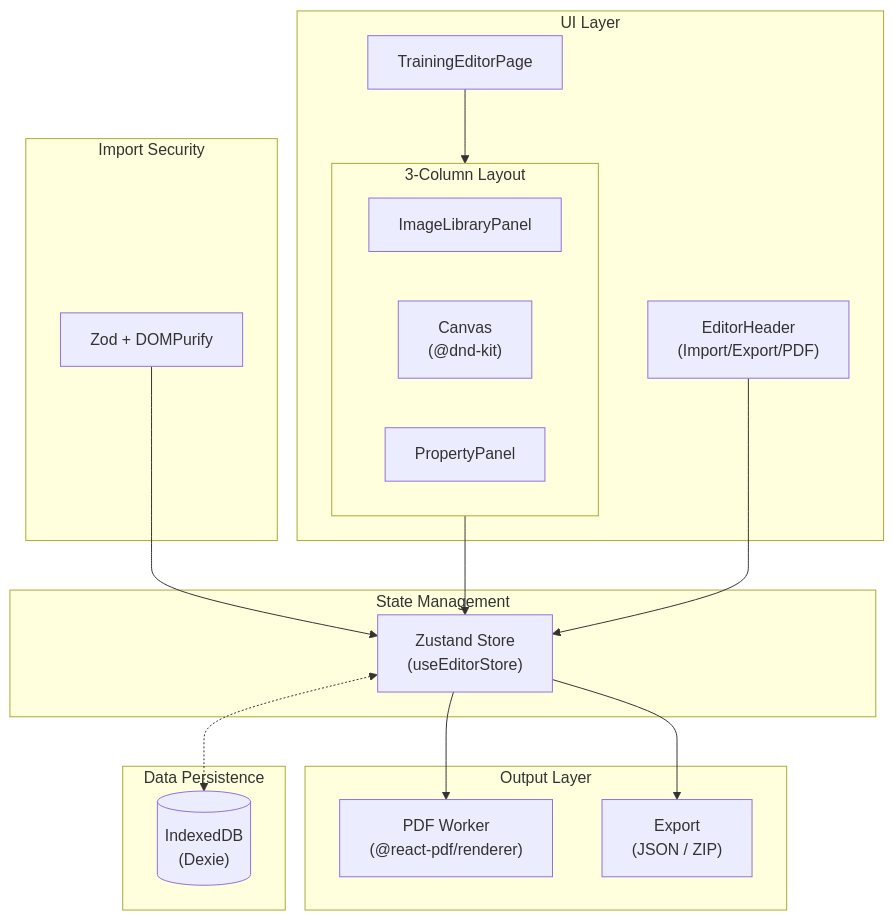
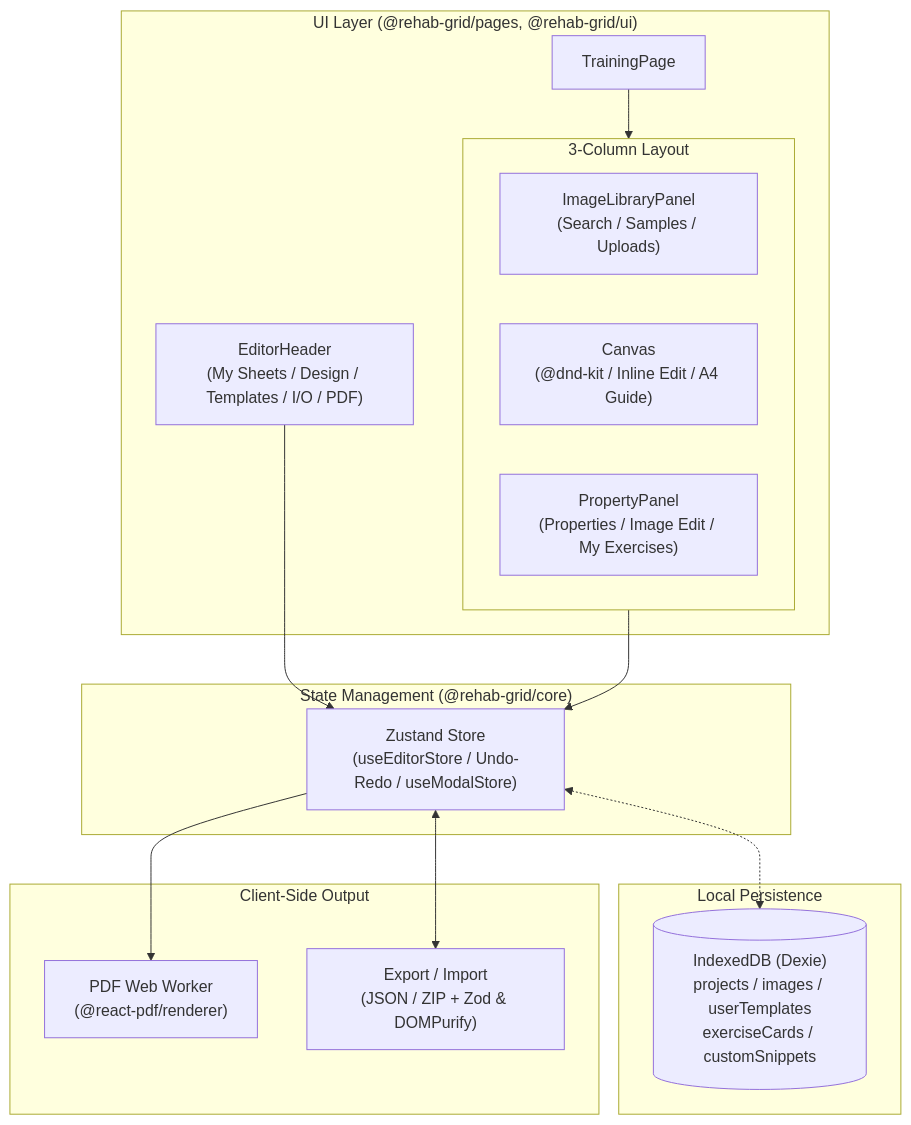
Before and after one commit to Sierra117-KF/rehab-grid: the diagram in README.en.md, drawn with Mermaid. The commit also changed other lines of this file and 12 other files, not shown here.

````diff
--- a/README.en.md
+++ b/README.en.md
@@ -124,37 +176,32 @@
 ```mermaid
 flowchart TB
-    subgraph UI["UI Layer"]
-        Header["EditorHeader<br/>(Import/Export/PDF)"]
-        Editor["TrainingEditorPage"]
+    subgraph UI["UI Layer (@rehab-grid/pages, @rehab-grid/ui)"]
+        Header["EditorHeader<br/>(My Sheets / Design / Templates / I/O / PDF)"]
+        Editor["TrainingPage"]
         subgraph Panels["3-Column Layout"]
-            ImageLib["ImageLibraryPanel"]
-            Canvas["Canvas<br/>(@dnd-kit)"]
-            Props["PropertyPanel"]
+            ImageLib["ImageLibraryPanel<br/>(Search / Samples / Uploads)"]
+            Canvas["Canvas<br/>(@dnd-kit / Inline Edit / A4 Guide)"]
+            Props["PropertyPanel<br/>(Properties / Image Edit / My Exercises)"]
         end
     end
 
-    subgraph State["State Management"]
-        Store["Zustand Store<br/>(useEditorStore)"]
+    subgraph State["State Management (@rehab-grid/core)"]
+        Store["Zustand Store<br/>(useEditorStore / Undo-Redo / useModalStore)"]
     end
 
-    subgraph Persistence["Data Persistence"]
-        DB[("IndexedDB<br/>(Dexie)")]
+    subgraph Persistence["Local Persistence"]
+        DB[("IndexedDB (Dexie)<br/>projects / images / userTemplates<br/>exerciseCards / customSnippets")]
     end
 
-    subgraph Output["Output Layer"]
-        Worker["PDF Worker<br/>(@react-pdf/renderer)"]
-        Export["Export<br/>(JSON / ZIP)"]
-    end
-
-    subgraph Security["Import Security"]
-        Validate["Zod + DOMPurify"]
+    subgraph Output["Client-Side Output"]
+        Worker["PDF Web Worker<br/>(@react-pdf/renderer)"]
+        Export["Export / Import<br/>(JSON / ZIP + Zod & DOMPurify)"]
     end
 
     Editor --> Panels
     Panels --> Store
     Header --> Store
     Store <-.-> DB
     Store --> Worker
-    Store --> Export
-    Validate --> Store
+    Store <--> Export
 ```
````
